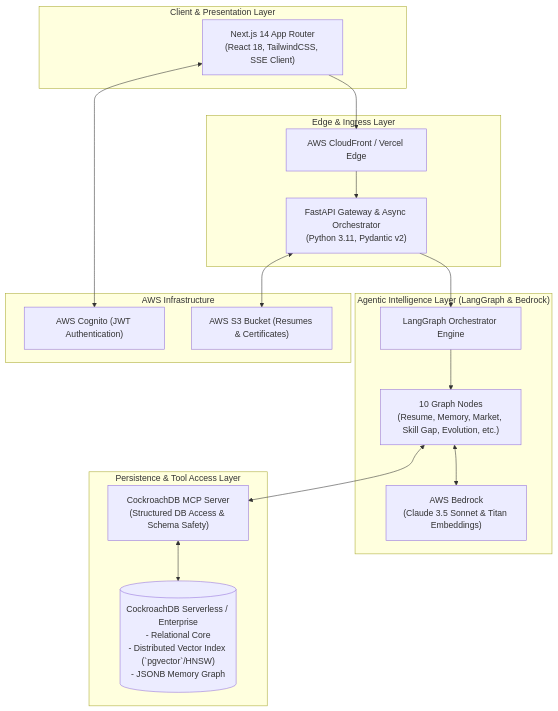
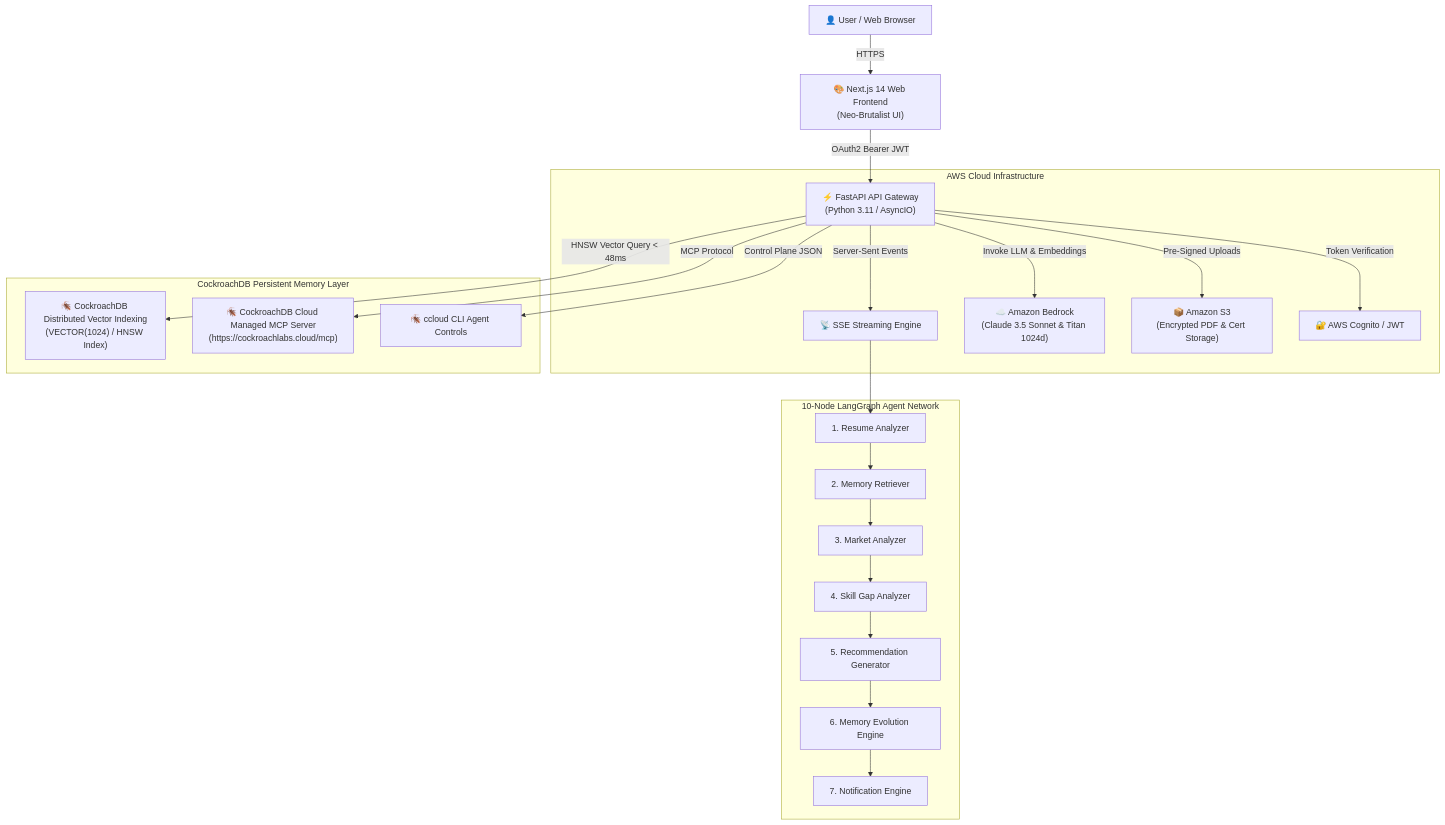
One commit to omkhandare55/CareerDNA-AI changed the diagram in README.md. Above: the diagram before and after it, drawn with Mermaid. The commit also changed other lines of this file and 4 other files, not shown here.

Commit message:
Add official CockroachDB x AWS Hackathon submission package, MIT License, and video script

````diff
--- a/README.md
+++ b/README.md
@@ -33,37 +48,28 @@
 ```mermaid
-flowchart TB
-    subgraph Client Layer ["Client & Presentation Layer"]
-        UI["Next.js 14 App Router\n(React 18, TailwindCSS, SSE Client)"]
+graph TD
+    User["👤 User / Web Browser"] -->|HTTPS| Frontend["🎨 Next.js 14 Web Frontend\n(Neo-Brutalist UI)"]
+    Frontend -->|OAuth2 Bearer JWT| Gateway["⚡ FastAPI API Gateway\n(Python 3.11 / AsyncIO)"]
+    
+    subgraph "AWS Cloud Infrastructure"
+        Gateway -->|Server-Sent Events| SSE["📡 SSE Streaming Engine"]
+        Gateway -->|Invoke LLM & Embeddings| Bedrock["☁️ Amazon Bedrock\n(Claude 3.5 Sonnet & Titan 1024d)"]
+        Gateway -->|Pre-Signed Uploads| S3["📦 Amazon S3\n(Encrypted PDF & Cert Storage)"]
+        Gateway -->|Token Verification| Cognito["🔐 AWS Cognito / JWT"]
     end
-
-    subgraph Edge & API Layer ["Edge & Ingress Layer"]
-        CDN["AWS CloudFront / Vercel Edge"]
-        Gateway["FastAPI Gateway & Async Orchestrator\n(Python 3.11, Pydantic v2)"]
+    
+    subgraph "CockroachDB Persistent Memory Layer"
+        Gateway -->|HNSW Vector Query < 48ms| CDB_Vector["🪳 CockroachDB Distributed Vector Indexing\n(VECTOR(1024) / HNSW Index)"]
+        Gateway -->|MCP Protocol| CDB_MCP["🪳 CockroachDB Cloud Managed MCP Server\n(https://cockroachlabs.cloud/mcp)"]
+        Gateway -->|Control Plane JSON| CDB_CLI["🪳 ccloud CLI Agent Controls"]
     end
-
-    subgraph Agentic Intelligence ["Agentic Intelligence Layer (LangGraph & Bedrock)"]
-        AgentCore["LangGraph Orchestrator Engine"]
-        Nodes["10 Graph Nodes\n(Resume, Memory, Market, Skill Gap, Evolution, etc.)"]
-        Bedrock["AWS Bedrock\n(Claude 3.5 Sonnet & Titan Embeddings)"]
+    
+    subgraph "10-Node LangGraph Agent Network"
+        SSE --> Node1["1. Resume Analyzer"]
+        Node1 --> Node2["2. Memory Retriever"]
+        Node2 --> Node3["3. Market Analyzer"]
+        Node3 --> Node4["4. Skill Gap Analyzer"]
+        Node4 --> Node5["5. Recommendation Generator"]
+        Node5 --> Node6["6. Memory Evolution Engine"]
+        Node6 --> Node7["7. Notification Engine"]
     end
-
-    subgraph Persistence & MCP Layer ["Persistence & Tool Access Layer"]
-        MCPServer["CockroachDB MCP Server\n(Structured DB Access & Schema Safety)"]
-        CRDB[("CockroachDB Serverless / Enterprise\n- Relational Core\n- Distributed Vector Index (`pgvector`/HNSW)\n- JSONB Memory Graph")]
-    end
-
-    subgraph Infrastructure ["AWS Infrastructure"]
-        S3["AWS S3 Bucket (Resumes & Certificates)"]
-        Cognito["AWS Cognito (JWT Authentication)"]
-    end
-
-    UI --> CDN
-    CDN --> Gateway
-    UI <--> Cognito
-    Gateway --> AgentCore
-    AgentCore --> Nodes
-    Nodes <--> Bedrock
-    Nodes <--> MCPServer
-    MCPServer <--> CRDB
-    Gateway <--> S3
 ```
````
